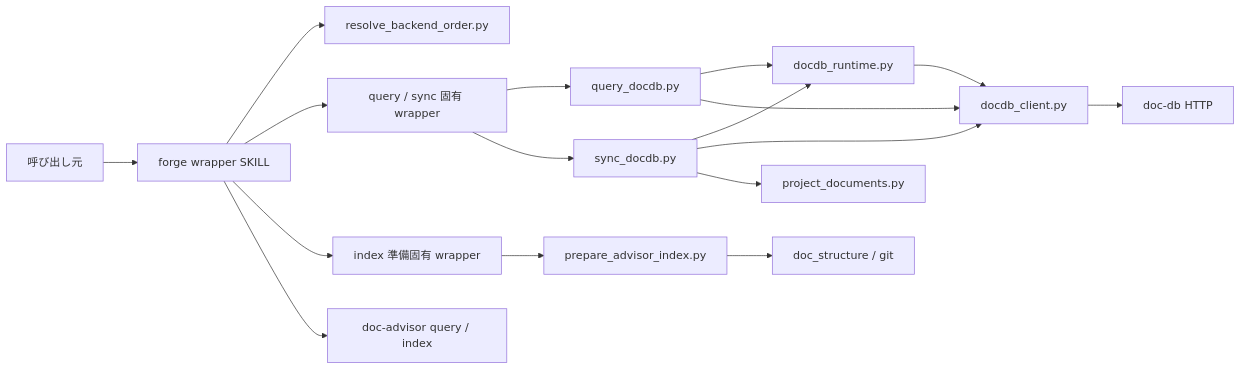
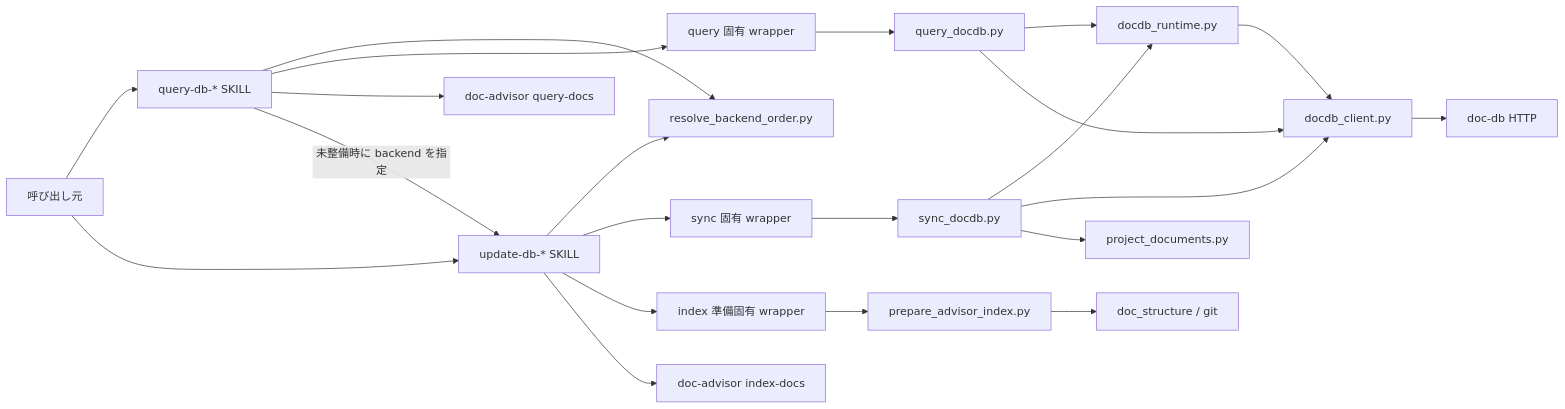
The first of 3 diagrams in docs/specs/doc-db/design/DES-057_doc_db_backend_selection_design.md (BlueEventHorizon/bw-cc-plugins), drawn with Mermaid before and after one commit. The commit also changed other lines of this file and 38 other files, not shown here.

````diff
--- a/docs/specs/doc-db/design/DES-057_doc_db_backend_selection_design.md
+++ b/docs/specs/doc-db/design/DES-057_doc_db_backend_selection_design.md
@@ -164,34 +168,42 @@
 ```mermaid
 flowchart LR
     Caller[呼び出し元]
-    Skill[forge wrapper SKILL]
-    QueryWrapper[query / sync 固有 wrapper]
+    QuerySkill[query-db-* SKILL]
+    UpdateSkill[update-db-* SKILL]
+    QueryWrapper[query 固有 wrapper]
+    SyncWrapper[sync 固有 wrapper]
     AdvisorWrapper[index 準備固有 wrapper]
     Resolve[resolve_backend_order.py]
     Query[query_docdb.py]
     Sync[sync_docdb.py]
     Runtime[docdb_runtime.py]
     Client[docdb_client.py]
     Docs[project_documents.py]
     Prepare[prepare_advisor_index.py]
     DocDB[doc-db HTTP]
-    Advisor[doc-advisor query / index]
+    AdvisorQuery[doc-advisor query-docs]
+    AdvisorIndex[doc-advisor index-docs]
     Config[doc_structure / git]
 
-    Caller --> Skill
-    Skill --> Resolve
-    Skill --> QueryWrapper
+    Caller --> QuerySkill
+    Caller --> UpdateSkill
+    QuerySkill --> Resolve
+    QuerySkill --> QueryWrapper
+    QuerySkill --> AdvisorQuery
+    QuerySkill -->|未整備時に backend を指定| UpdateSkill
+    UpdateSkill --> Resolve
+    UpdateSkill --> SyncWrapper
+    UpdateSkill --> AdvisorWrapper
+    UpdateSkill --> AdvisorIndex
     QueryWrapper --> Query
-    QueryWrapper --> Sync
+    SyncWrapper --> Sync
     Query --> Runtime
     Query --> Client
     Sync --> Runtime
     Sync --> Client
     Sync --> Docs
     Runtime --> Client
     Client --> DocDB
-    Skill --> AdvisorWrapper
     AdvisorWrapper --> Prepare
     Prepare --> Config
-    Skill --> Advisor
 ```
````
